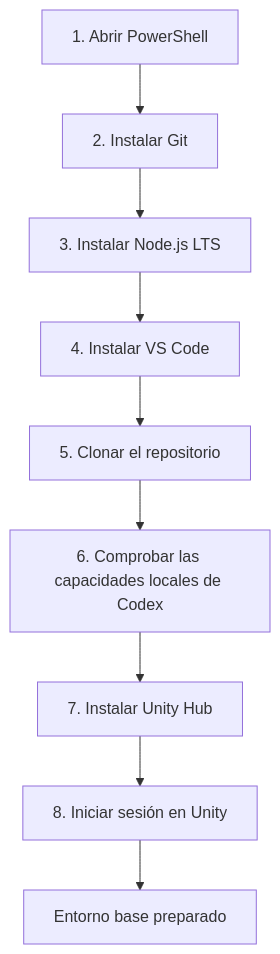
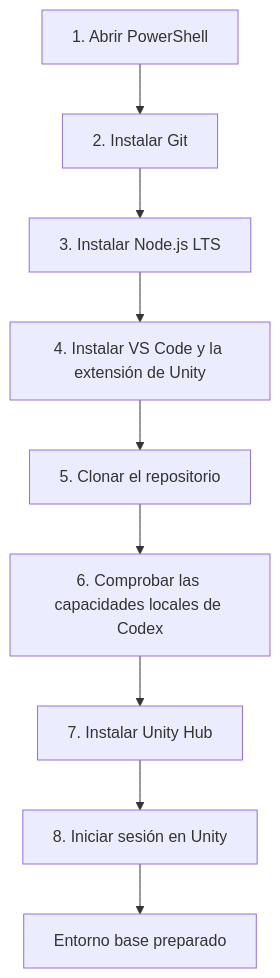
Before and after one commit to jcarrenogallego/learning-unity: the second of 4 diagrams in README.md, drawn with Mermaid. The commit also changed other lines of this file, not shown here.

Commit message:
docs(readme): explain Unity development tools

````diff
--- a/README.md
+++ b/README.md
@@ -21,11 +41,11 @@
 ```mermaid
 flowchart TD
     A[1. Abrir PowerShell] --> B[2. Instalar Git]
     B --> C[3. Instalar Node.js LTS]
-    C --> D[4. Instalar VS Code]
+    C --> D[4. Instalar VS Code y la extensión de Unity]
     D --> E[5. Clonar el repositorio]
     E --> F[6. Comprobar las capacidades locales de Codex]
     F --> G[7. Instalar Unity Hub]
     G --> H[8. Iniciar sesión en Unity]
     H --> I[Entorno base preparado]
 ```
````
